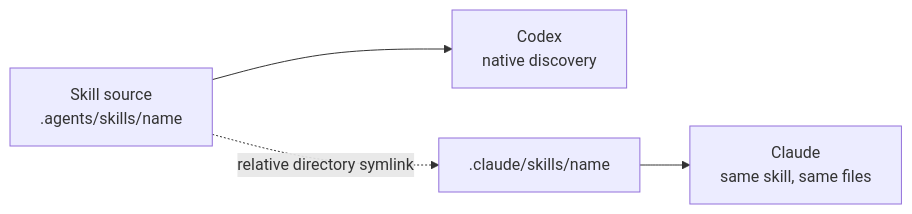
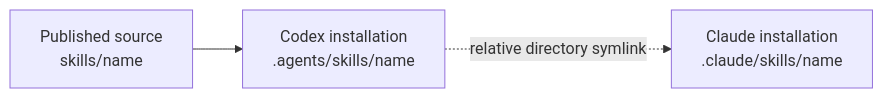
Before and after one commit to shufflgl/skills: the diagram in README.md, drawn with Mermaid. The commit also changed other lines of this file and 7 other files, not shown here.

````diff
--- a/README.md
+++ b/README.md
@@ -18,6 +23,5 @@
 ```mermaid
 flowchart LR
-    S["Skill source<br/>.agents/skills/name"] --> C["Codex<br/>native discovery"]
-    S -. "relative directory symlink" .-> L[".claude/skills/name"]
-    L --> H["Claude<br/>same skill, same files"]
+    R["Published source<br/>skills/name"] --> A["Codex installation<br/>.agents/skills/name"]
+    A -. "relative directory symlink" .-> C["Claude installation<br/>.claude/skills/name"]
 ```
````
